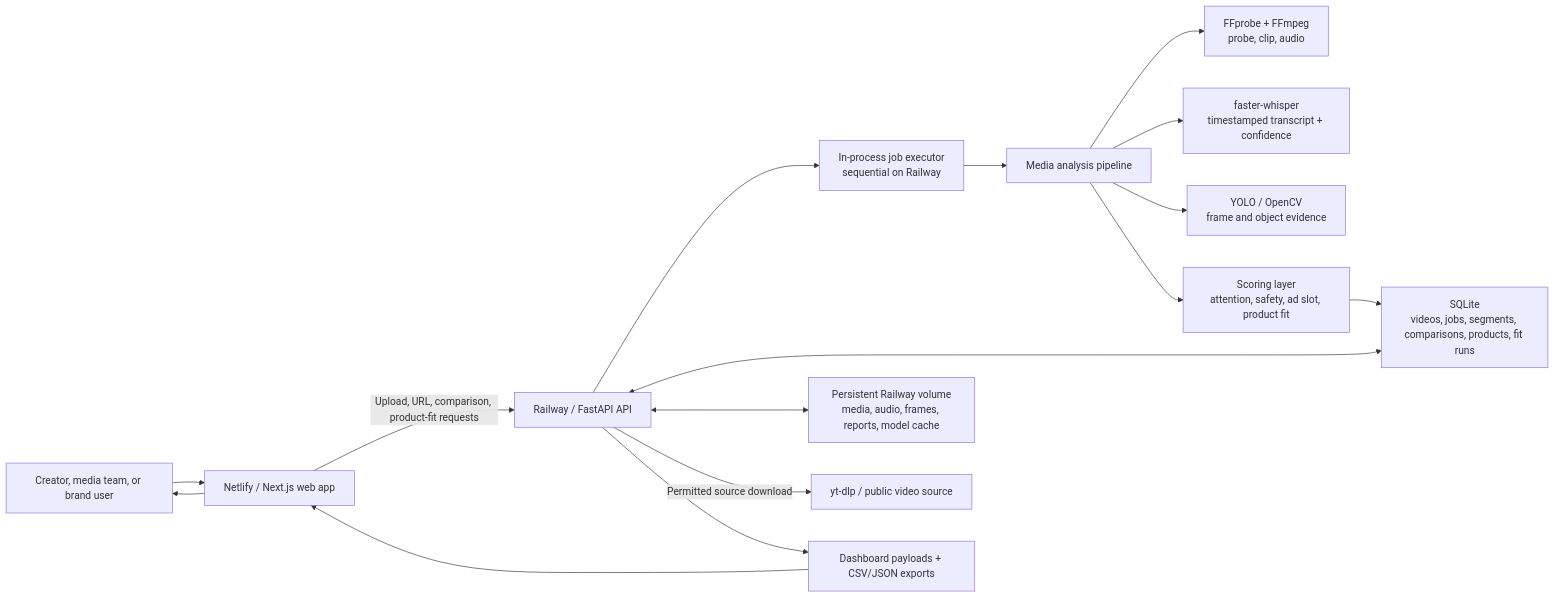
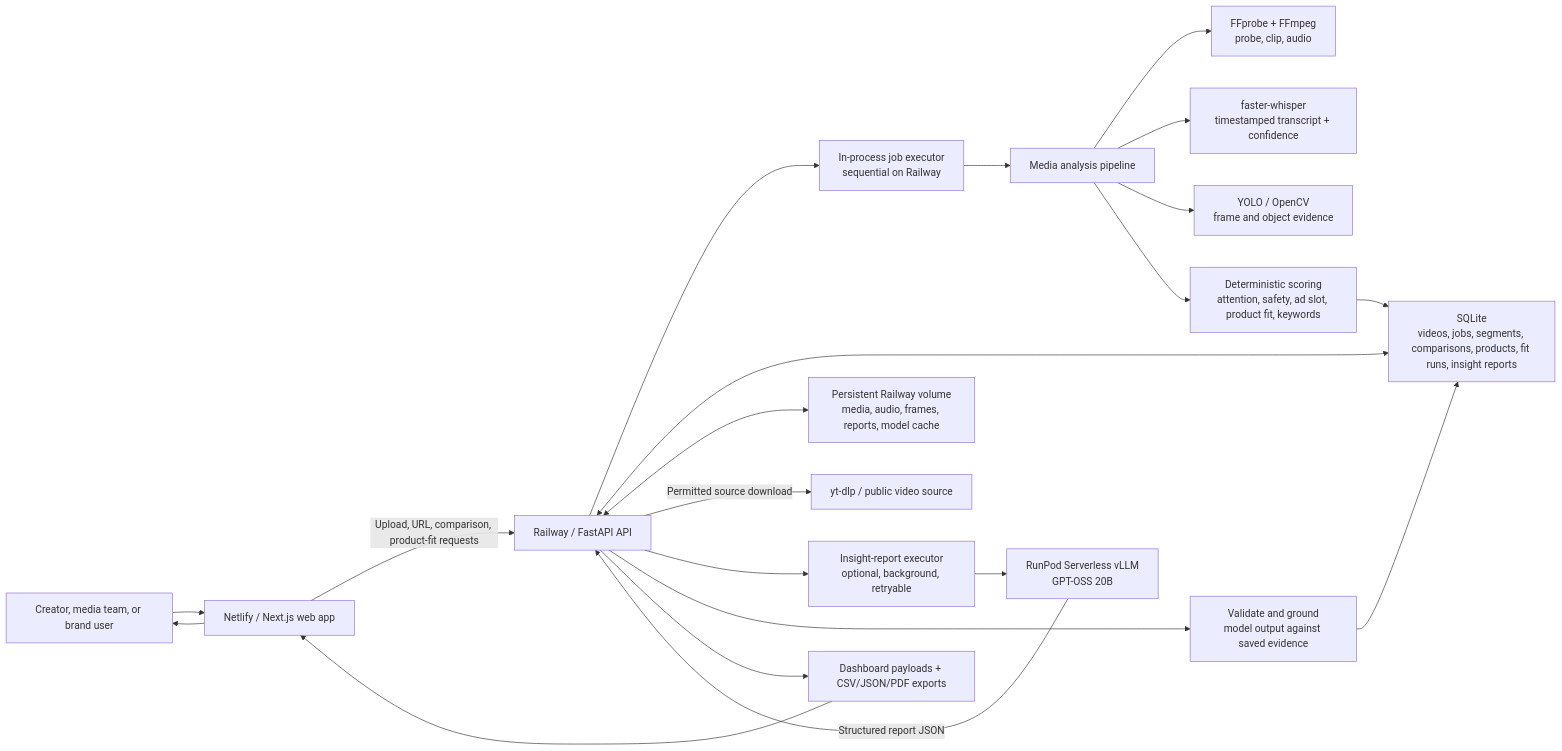
Before and after one commit to chetanya1998/NeuroAd-Context-Engine: the first of 2 diagrams in README.md, drawn with Mermaid. The commit also changed other lines of this file, not shown here.

````diff
--- a/README.md
+++ b/README.md
@@ -140,18 +171,23 @@
 ```mermaid
 flowchart LR
     U["Creator, media team, or brand user"] --> W["Netlify / Next.js web app"]
     W -->|"Upload, URL, comparison, product-fit requests"| A["Railway / FastAPI API"]
     A --> J["In-process job executor\nsequential on Railway"]
-    A <--> D["SQLite\nvideos, jobs, segments, comparisons, products, fit runs"]
+    A <--> D["SQLite\nvideos, jobs, segments, comparisons, products, fit runs, insight reports"]
     A <--> S["Persistent Railway volume\nmedia, audio, frames, reports, model cache"]
     A -->|"Permitted source download"| Y["yt-dlp / public video source"]
     J --> P["Media analysis pipeline"]
     P --> F["FFprobe + FFmpeg\nprobe, clip, audio"]
     P --> T["faster-whisper\ntimestamped transcript + confidence"]
     P --> O["YOLO / OpenCV\nframe and object evidence"]
-    P --> C["Scoring layer\nattention, safety, ad slot, product fit"]
+    P --> C["Deterministic scoring\nattention, safety, ad slot, product fit, keywords"]
     C --> D
-    A --> R["Dashboard payloads + CSV/JSON exports"]
+    A --> I["Insight-report executor\noptional, background, retryable"]
+    I --> G["RunPod Serverless vLLM\nGPT-OSS 20B"]
+    G -->|"Structured report JSON"| A
+    A --> V["Validate and ground\nmodel output against saved evidence"]
+    V --> D
+    A --> R["Dashboard payloads + CSV/JSON/PDF exports"]
     R --> W
     W --> U
 ```
````
